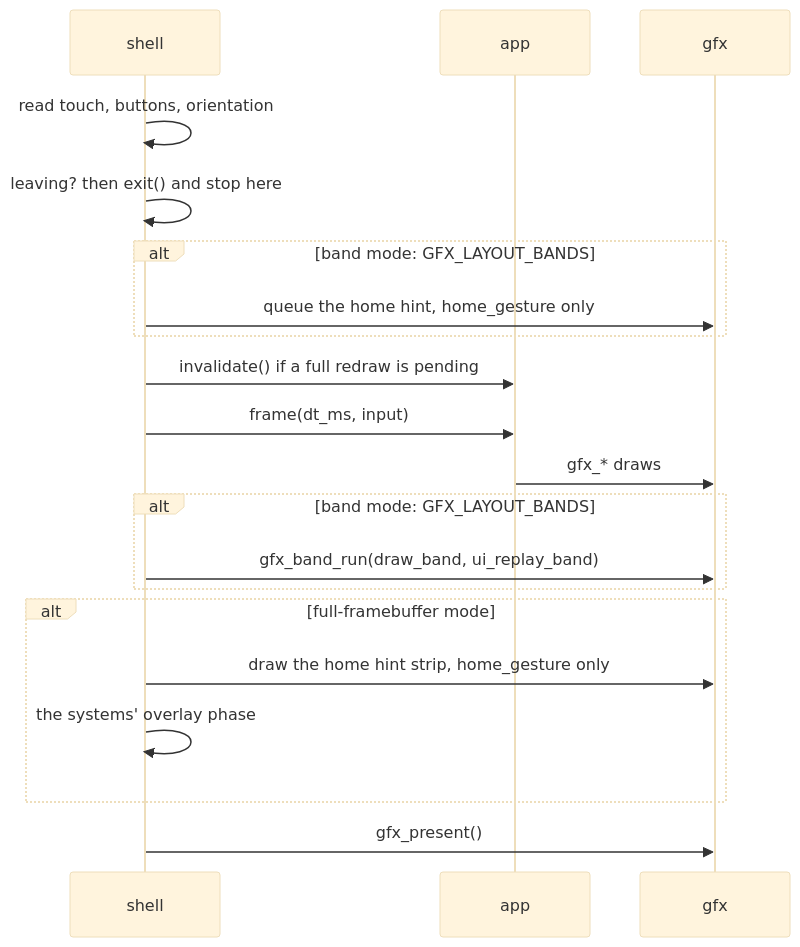
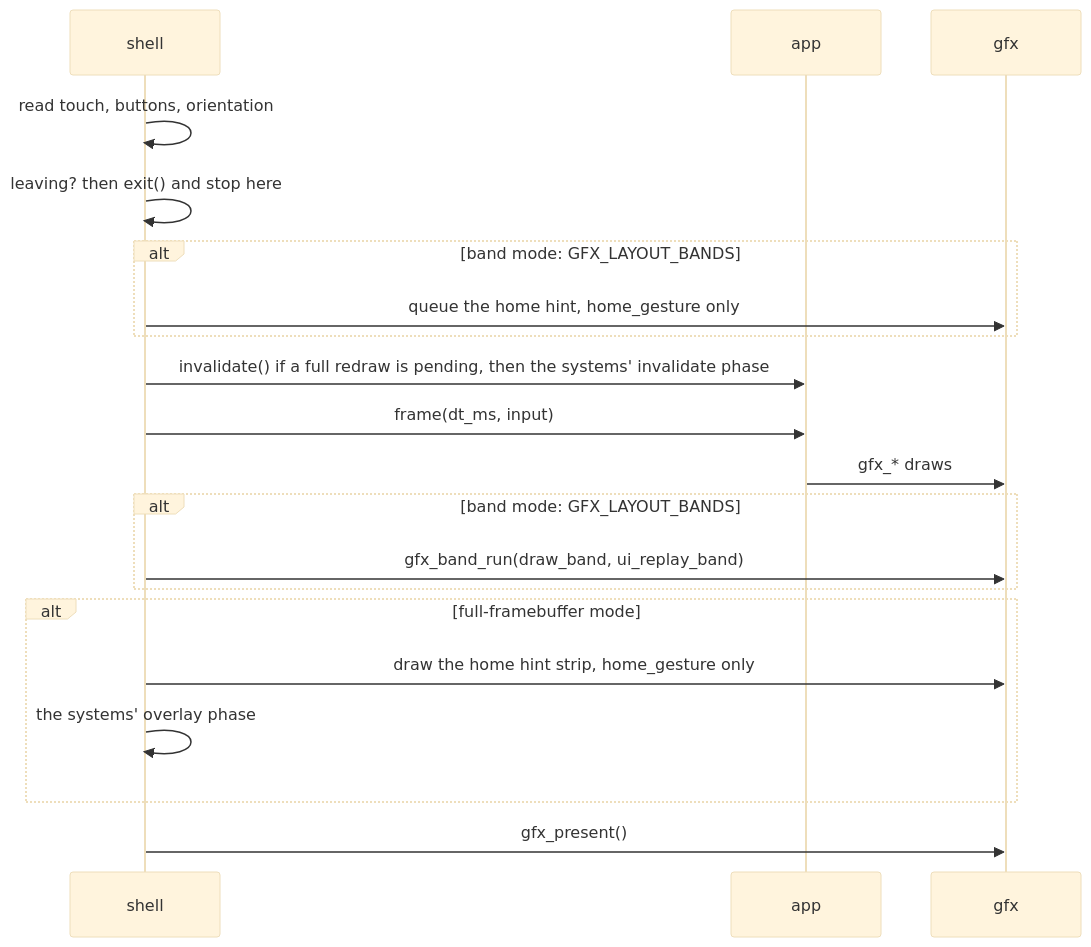
One commit to jose-villegas/autana changed the second of 3 diagrams in docs/Building-an-App.md. Above: the diagram before and after it, drawn with Mermaid (base theme). The commit also changed other lines of this file and 8 other files, not shown here.

````diff
--- a/docs/Building-an-App.md
+++ b/docs/Building-an-App.md
@@ -142,22 +142,22 @@
 ```mermaid
 sequenceDiagram
     participant S as shell
     participant A as app
     participant G as gfx
     S->>S: read touch, buttons, orientation
     S->>S: leaving? then exit() and stop here
     alt band mode: GFX_LAYOUT_BANDS
         S->>G: queue the home hint, home_gesture only
     end
-    S->>A: invalidate() if a full redraw is pending
+    S->>A: invalidate() if a full redraw is pending, then the systems' invalidate phase
     S->>A: frame(dt_ms, input)
     A->>G: gfx_* draws
     alt band mode: GFX_LAYOUT_BANDS
         S->>G: gfx_band_run(draw_band, ui_replay_band)
     end
     alt full-framebuffer mode
         S->>G: draw the home hint strip, home_gesture only
         S->>S: the systems' overlay phase
     end
     S->>G: gfx_present()
 ```
````
